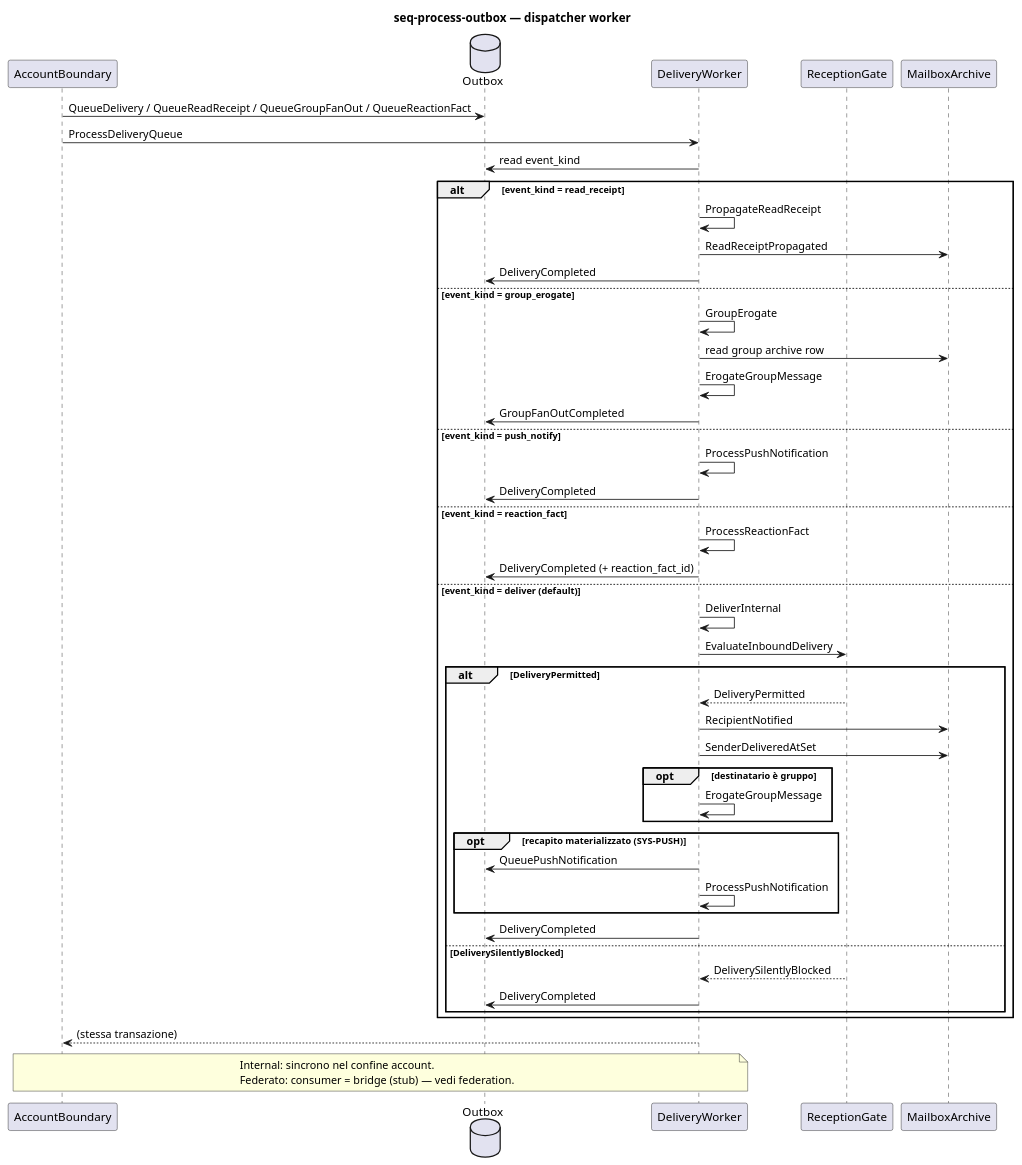
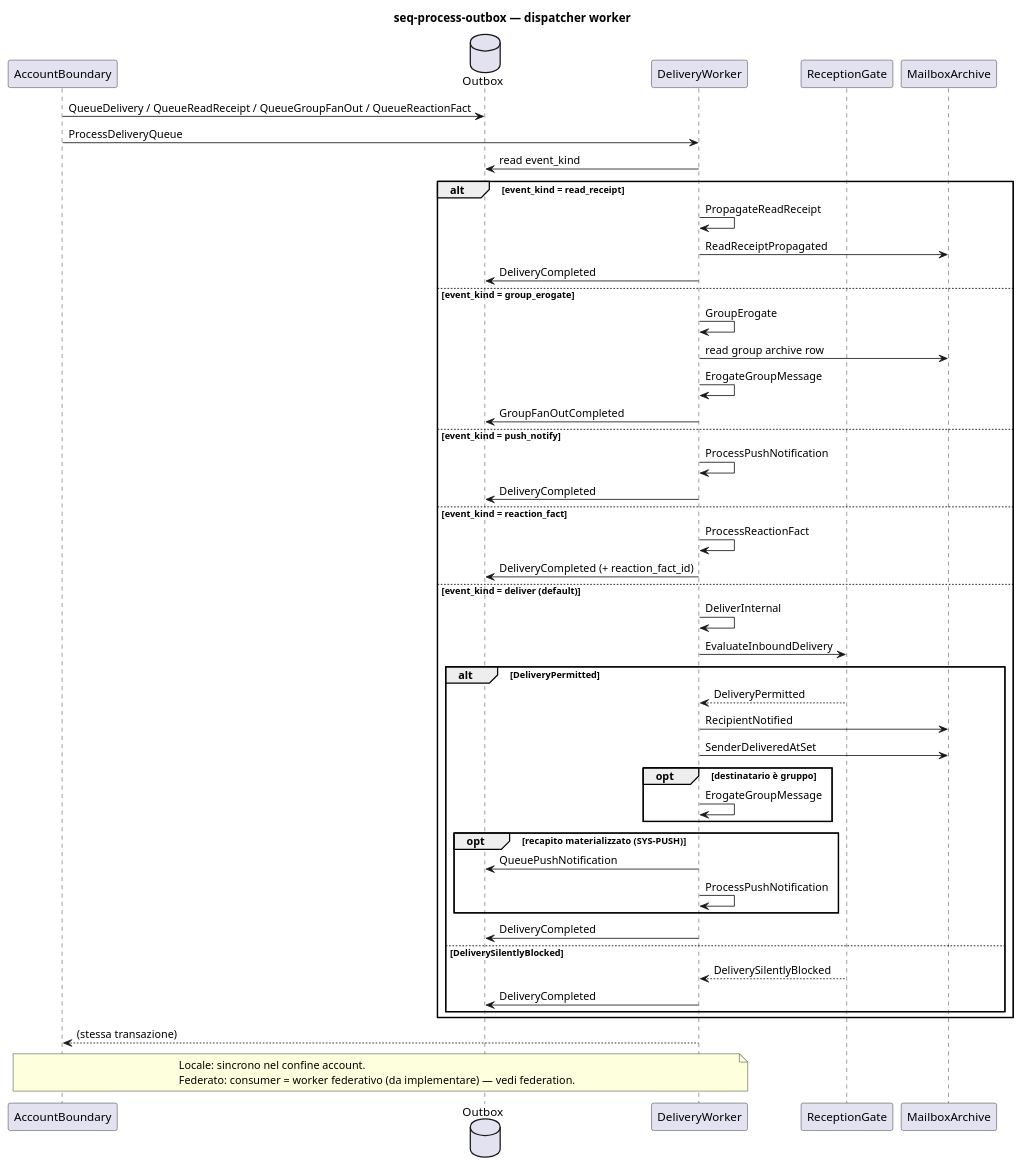
The diagram in docs/model/uml/delivery/seq-process-outbox.puml (alfred-im/alfred-im), drawn with PlantUML before and after one commit. The commit also changed 22 other files, not shown here.

```diff
--- a/docs/model/uml/delivery/seq-process-outbox.puml
+++ b/docs/model/uml/delivery/seq-process-outbox.puml
@@ -1,64 +1,64 @@
 @startuml seq-process-outbox
 ' Context: delivery
 ' Profile: platform
 ' Command: ProcessDeliveryQueue
 ' SDD: SYS-DELIVERY-011
 ' Revision: 2026-09-05
 
 title seq-process-outbox — dispatcher worker
 
 participant "AccountBoundary" as AB
 database "Outbox" as OB
 participant "DeliveryWorker" as DW
 participant "ReceptionGate" as GATE
 participant "MailboxArchive" as MSG
 
 AB -> OB : QueueDelivery / QueueReadReceipt / QueueGroupFanOut / QueueReactionFact
 AB -> DW : ProcessDeliveryQueue
 
 DW -> OB : read event_kind
 
 alt event_kind = read_receipt
   DW -> DW : PropagateReadReceipt
   DW -> MSG : ReadReceiptPropagated
   DW -> OB : DeliveryCompleted
 else event_kind = group_erogate
   DW -> DW : GroupErogate
   DW -> MSG : read group archive row
   DW -> DW : ErogateGroupMessage
   DW -> OB : GroupFanOutCompleted
 else event_kind = push_notify
   DW -> DW : ProcessPushNotification
   DW -> OB : DeliveryCompleted
 else event_kind = reaction_fact
   DW -> DW : ProcessReactionFact
   DW -> OB : DeliveryCompleted (+ reaction_fact_id)
 else event_kind = deliver (default)
   DW -> DW : DeliverInternal
   DW -> GATE : EvaluateInboundDelivery
   alt DeliveryPermitted
     GATE --> DW : DeliveryPermitted
     DW -> MSG : RecipientNotified
     DW -> MSG : SenderDeliveredAtSet
     opt destinatario è gruppo
       DW -> DW : ErogateGroupMessage
     end
     opt recapito materializzato (SYS-PUSH)
       DW -> OB : QueuePushNotification
       DW -> DW : ProcessPushNotification
     end
     DW -> OB : DeliveryCompleted
   else DeliverySilentlyBlocked
     GATE --> DW : DeliverySilentlyBlocked
     DW -> OB : DeliveryCompleted
   end
 end
 
 DW --> AB : (stessa transazione)
 
 note over AB, DW
-  Internal: sincrono nel confine account.
-  Federato: consumer = bridge (stub) — vedi federation.
+  Locale: sincrono nel confine account.
+  Federato: consumer = worker federativo (da implementare) — vedi federation.
 end note
 
 @enduml
```
